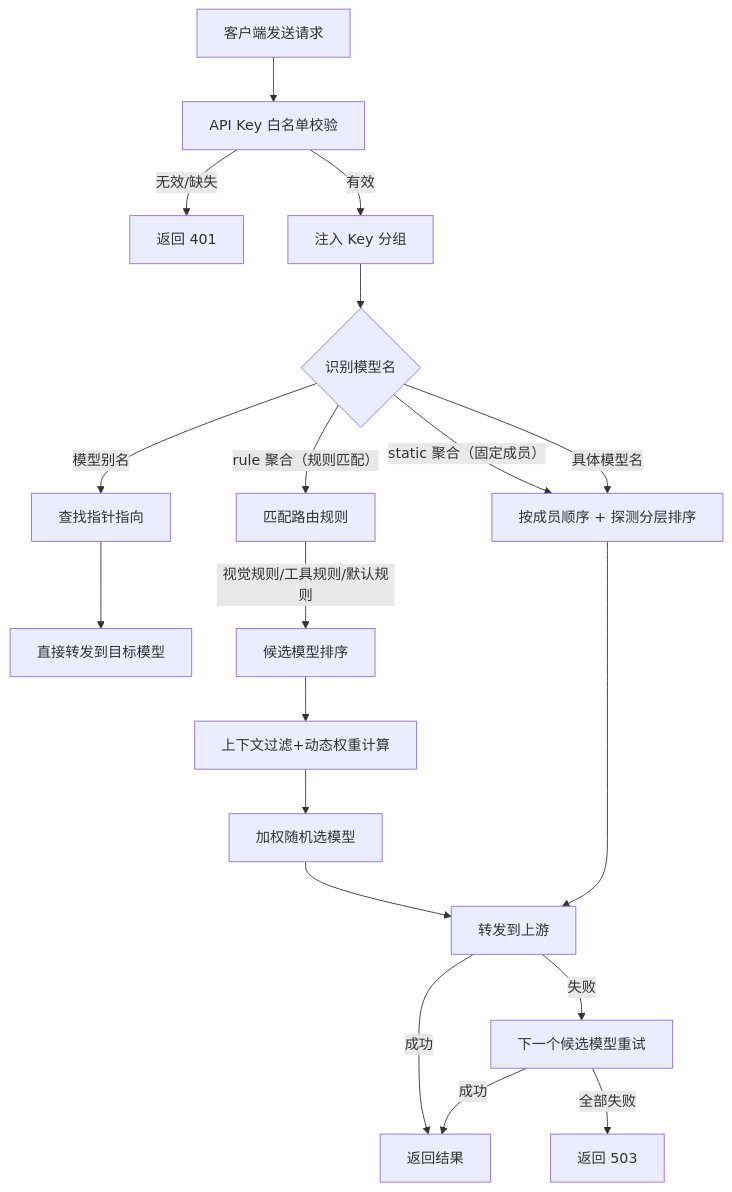
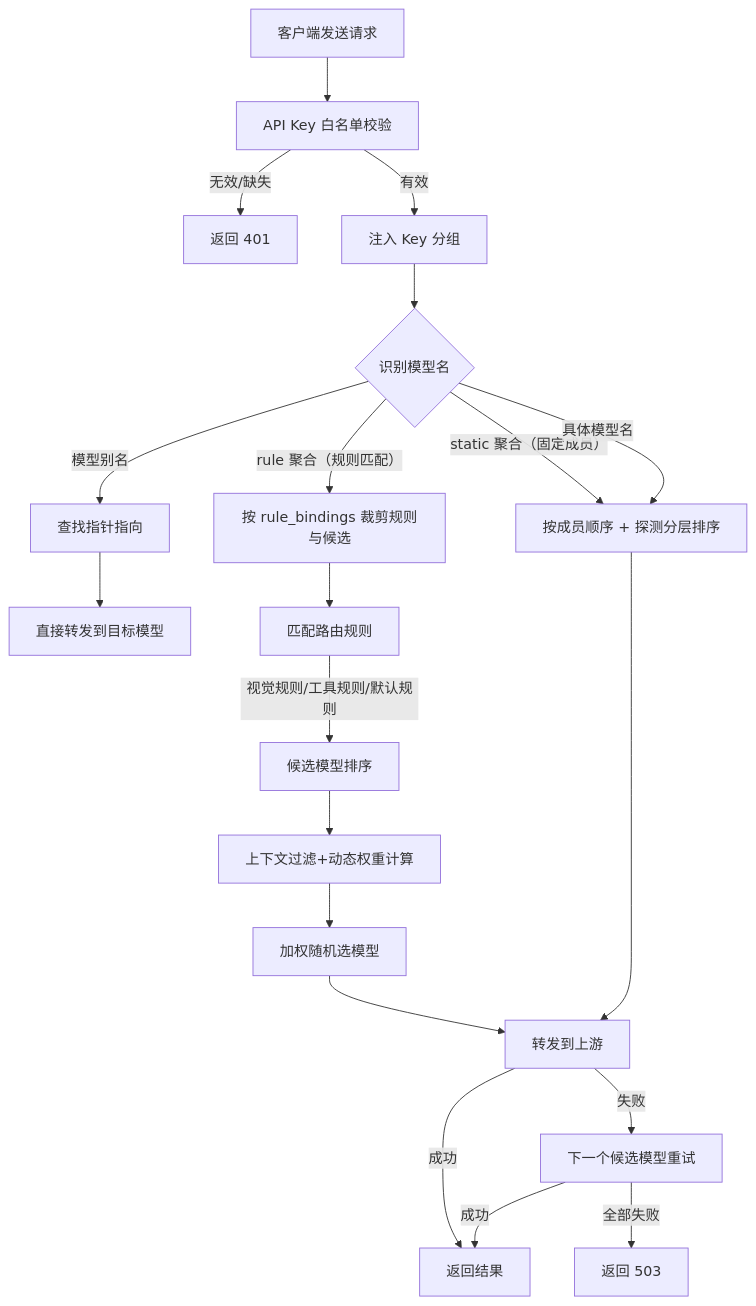
The first of 6 diagrams in docs/架构设计.md (66wjz/smart_router), drawn with Mermaid before and after one commit. The commit also changed other lines of this file and 25 other files, not shown here.

````diff
--- a/docs/架构设计.md
+++ b/docs/架构设计.md
@@ -234,21 +234,22 @@
 ```mermaid
 flowchart TD
     A[客户端发送请求] --> B[API Key 白名单校验]
     B -- 无效/缺失 --> E401[返回 401]
     B -- 有效 --> C[注入 Key 分组]
     C --> D{识别模型名}
     D -- 模型别名 --> P[查找指针指向]
     P --> F[直接转发到目标模型]
-    D -- rule 聚合（规则匹配） --> G[匹配路由规则]
+    D -- rule 聚合（规则匹配） --> RB[按 rule_bindings 裁剪规则与候选]
+    RB --> G[匹配路由规则]
     D -- static 聚合（固定成员） --> G2[按成员顺序 + 探测分层排序]
     D -- 具体模型名 --> G2
     G -- 视觉规则/工具规则/默认规则 --> H[候选模型排序]
     H --> I[上下文过滤+动态权重计算]
     I --> J[加权随机选模型]
     J --> K[转发到上游]
     G2 --> K
     K -- 成功 --> L[返回结果]
     K -- 失败 --> M[下一个候选模型重试]
     M -- 全部失败 --> E503[返回 503]
     M -- 成功 --> L
 ```
````
